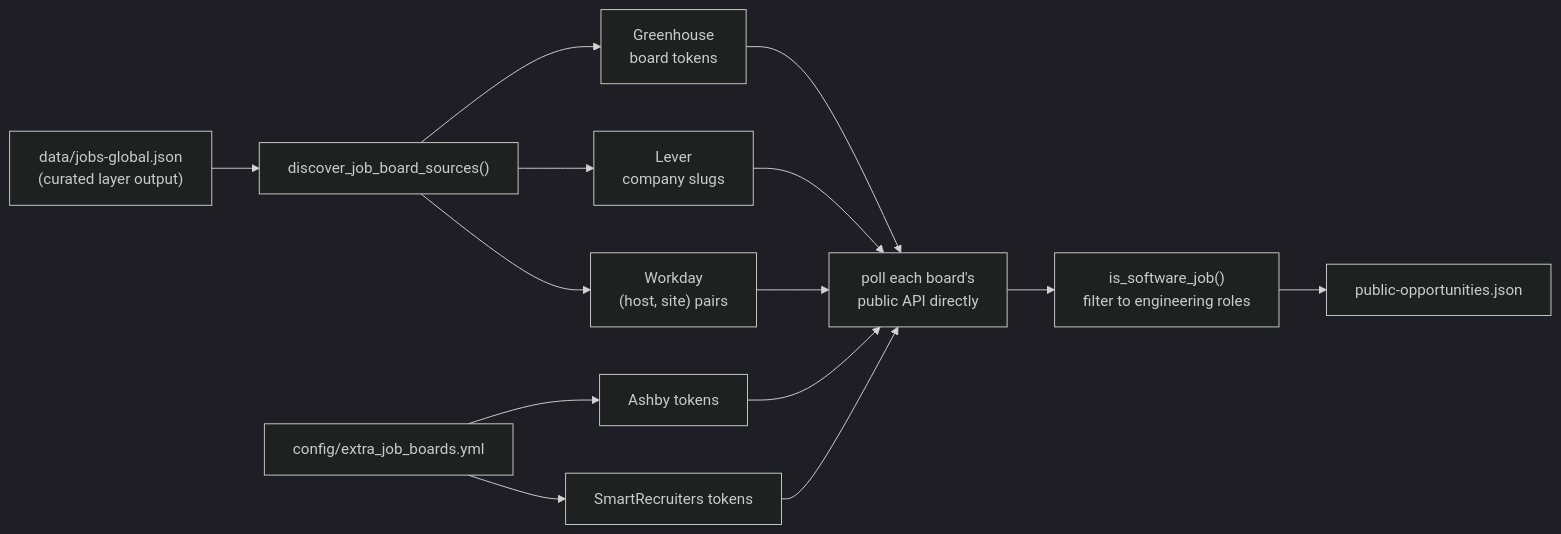
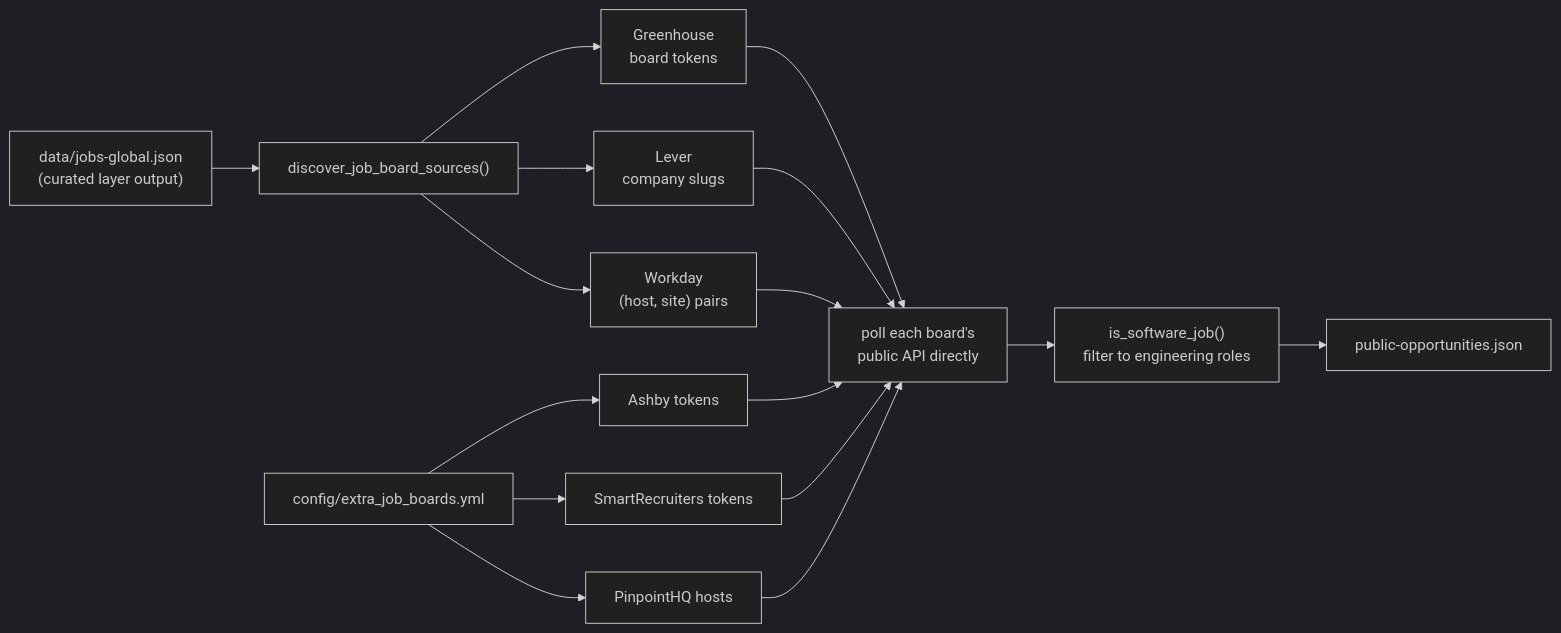
The third of 4 diagrams in docs/FEATURES.md (AhmedNassar7/tracker), drawn with Mermaid (dark theme) before and after one commit. The commit also changed other lines of this file and 9 other files, not shown here.

````diff
--- a/docs/FEATURES.md
+++ b/docs/FEATURES.md
@@ -109,17 +111,19 @@
 ```mermaid
 flowchart LR
     Seed["data/jobs-global.json\n(curated layer output)"] --> Discover["discover_job_board_sources()"]
     Discover --> GH["Greenhouse\nboard tokens"]
     Discover --> LV["Lever\ncompany slugs"]
     Discover --> WD["Workday\n(host, site) pairs"]
     Config["config/extra_job_boards.yml"] --> AB["Ashby tokens"]
     Config --> SR["SmartRecruiters tokens"]
+    Config --> PP["PinpointHQ hosts"]
 
     GH --> Poll["poll each board's\npublic API directly"]
     LV --> Poll
     WD --> Poll
     AB --> Poll
     SR --> Poll
+    PP --> Poll
     Poll --> Filter["is_software_job()\nfilter to engineering roles"]
     Filter --> Out["public-opportunities.json"]
 ```
````
